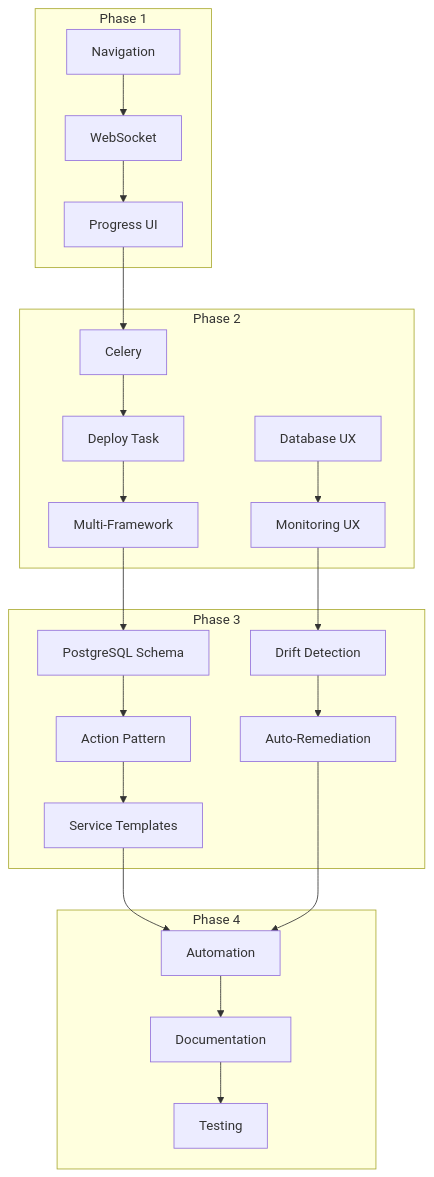
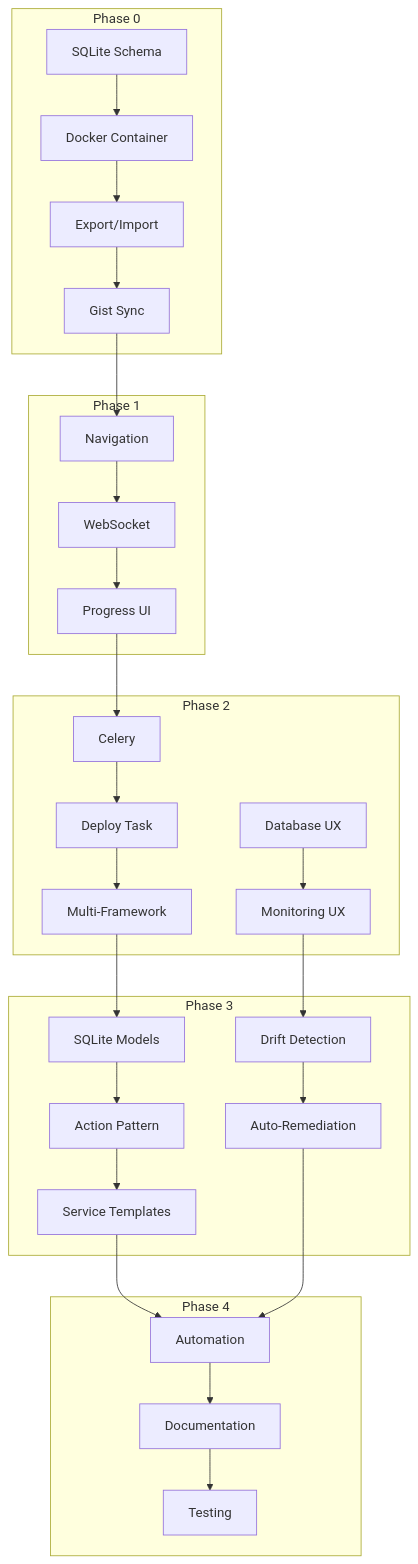
The fourth of 4 diagrams in docs/paas_roadmap.md (jloescher/infrastructure), drawn with Mermaid before and after one commit. The commit also changed other lines of this file and 7 other files, not shown here.

````diff
--- a/docs/paas_roadmap.md
+++ b/docs/paas_roadmap.md
@@ -566,30 +787,37 @@
 ```mermaid
 graph TB
+    subgraph Phase 0
+        Z1[SQLite Schema] --> Z2[Docker Container]
+        Z2 --> Z3[Export/Import]
+        Z3 --> Z4[Gist Sync]
+    end
+    
     subgraph Phase 1
         A1[Navigation] --> A2[WebSocket]
         A2 --> A3[Progress UI]
     end
     
     subgraph Phase 2
         B1[Celery] --> B2[Deploy Task]
         B2 --> B3[Multi-Framework]
         B4[Database UX] --> B5[Monitoring UX]
     end
     
     subgraph Phase 3
-        C1[PostgreSQL Schema] --> C2[Action Pattern]
+        C1[SQLite Models] --> C2[Action Pattern]
         C2 --> C3[Service Templates]
         C4[Drift Detection] --> C5[Auto-Remediation]
     end
     
     subgraph Phase 4
         D1[Automation] --> D2[Documentation]
         D2 --> D3[Testing]
     end
     
+    Z4 --> A1
     A3 --> B1
     B3 --> C1
     B5 --> C4
     C3 --> D1
     C5 --> D1
 ```
````
